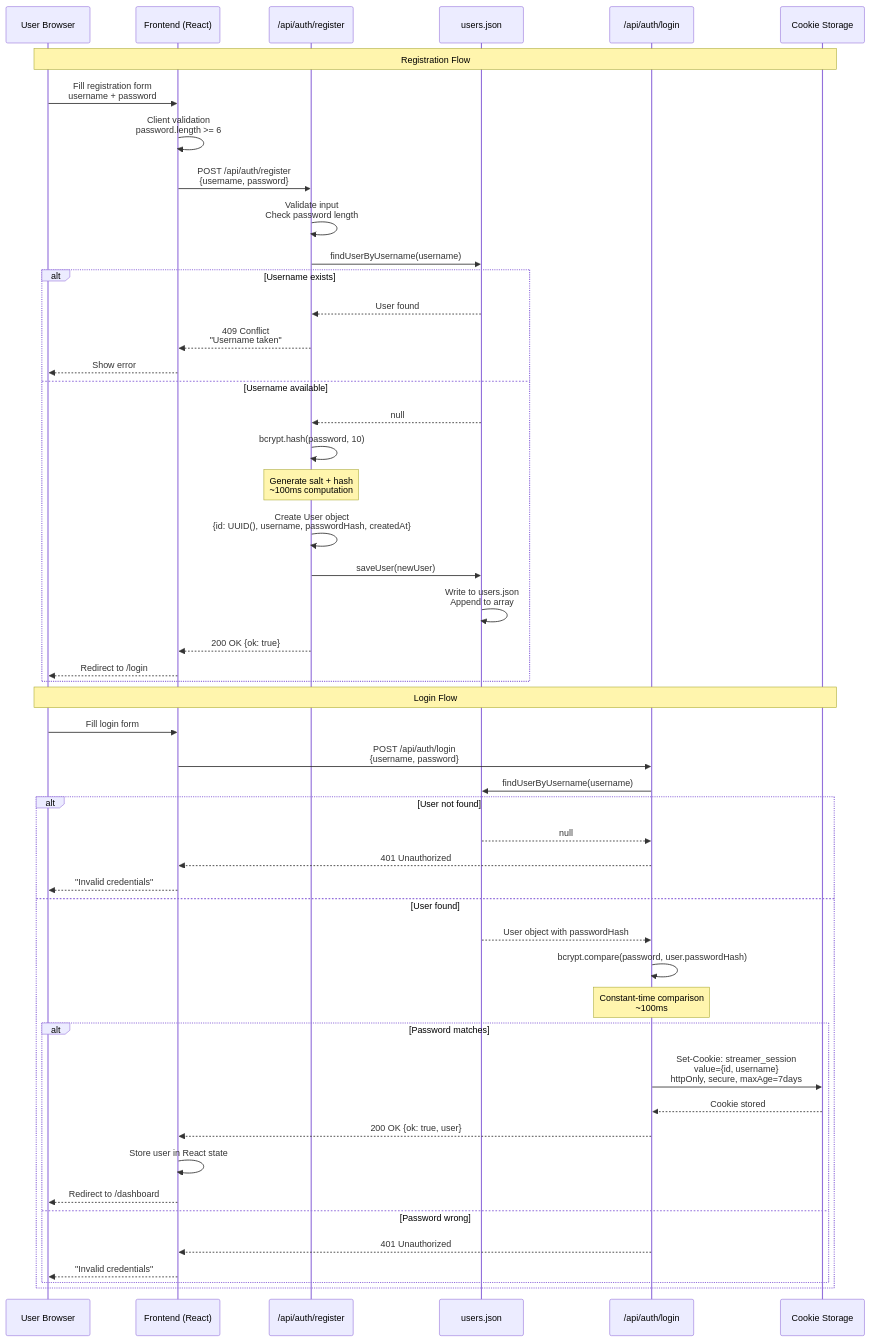
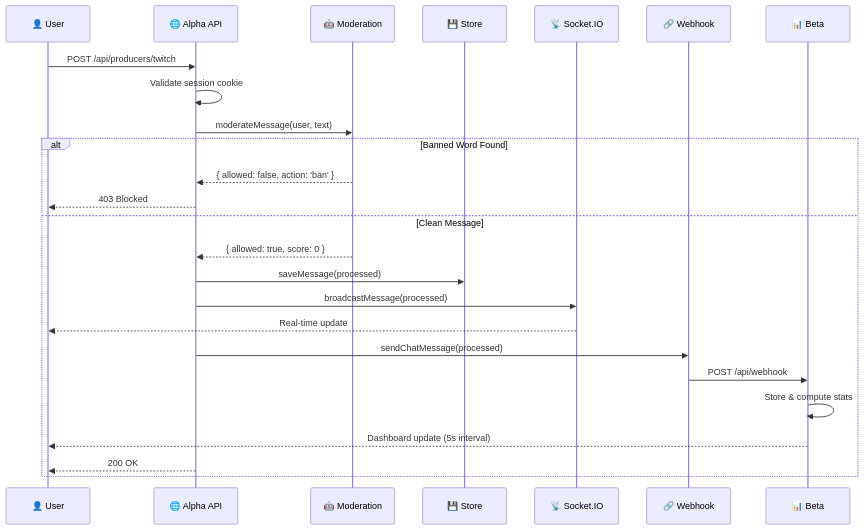
Before and after one commit to RobiNZajicek/CrossChat: the second of 6 diagrams in DOCUMENTATION.md, drawn with Mermaid. The commit also changed other lines of this file and 28 other files, not shown here.

````diff
--- a/DOCUMENTATION.md
+++ b/DOCUMENTATION.md
@@ -1247,64 +38,29 @@
 ```mermaid
 sequenceDiagram
-    participant U as User Browser
-    participant F as Frontend (React)
-    participant A as /api/auth/register
-    participant DB as users.json
-    participant L as /api/auth/login
-    participant C as Cookie Storage
+    participant U as 👤 User
+    participant A as 🌐 Alpha API
+    participant M as 🤖 Moderation
+    participant S as 💾 Store
+    participant WS as 📡 Socket.IO
+    participant WH as 🔗 Webhook
+    participant B as 📊 Beta
+
+    U->>A: POST /api/producers/twitch
+    A->>A: Validate session cookie
+    A->>M: moderateMessage(user, text)
     
-    Note over U,C: Registration Flow
-    
-    U->>F: Fill registration form<br/>username + password
-    F->>F: Client validation<br/>password.length >= 6
-    
-    F->>A: POST /api/auth/register<br/>{username, password}
-    
-    A->>A: Validate input<br/>Check password length
-    A->>DB: findUserByUsername(username)
-    
-    alt Username exists
-        DB-->>A: User found
-        A-->>F: 409 Conflict<br/>"Username taken"
-        F-->>U: Show error
-    else Username available
-        DB-->>A: null
-        A->>A: bcrypt.hash(password, 10)
-        Note over A: Generate salt + hash<br/>~100ms computation
-        
-        A->>A: Create User object<br/>{id: UUID(), username, passwordHash, createdAt}
-        A->>DB: saveUser(newUser)
-        DB->>DB: Write to users.json<br/>Append to array
-        
-        A-->>F: 200 OK {ok: true}
-        F-->>U: Redirect to /login
-    end
-    
-    Note over U,C: Login Flow
-    
-    U->>F: Fill login form
-    F->>L: POST /api/auth/login<br/>{username, password}
-    
-    L->>DB: findUserByUsername(username)
-    
-    alt User not found
-        DB-->>L: null
-        L-->>F: 401 Unauthorized
-        F-->>U: "Invalid credentials"
-    else User found
-        DB-->>L: User object with passwordHash
-        L->>L: bcrypt.compare(password, user.passwordHash)
-        Note over L: Constant-time comparison<br/>~100ms
-        
-        alt Password matches
-            L->>C: Set-Cookie: streamer_session<br/>value={id, username}<br/>httpOnly, secure, maxAge=7days
-            C-->>L: Cookie stored
-            L-->>F: 200 OK {ok: true, user}
-            F->>F: Store user in React state
-            F-->>U: Redirect to /dashboard
-        else Password wrong
-            L-->>F: 401 Unauthorized
-            F-->>U: "Invalid credentials"
-        end
+    alt Banned Word Found
+        M-->>A: { allowed: false, action: 'ban' }
+        A-->>U: 403 Blocked
+    else Clean Message
+        M-->>A: { allowed: true, score: 0 }
+        A->>S: saveMessage(processed)
+        A->>WS: broadcastMessage(processed)
+        WS-->>U: Real-time update
+        A->>WH: sendChatMessage(processed)
+        WH->>B: POST /api/webhook
+        B->>B: Store & compute stats
+        B-->>U: Dashboard update (5s interval)
+        A-->>U: 200 OK
     end
 ```
````
